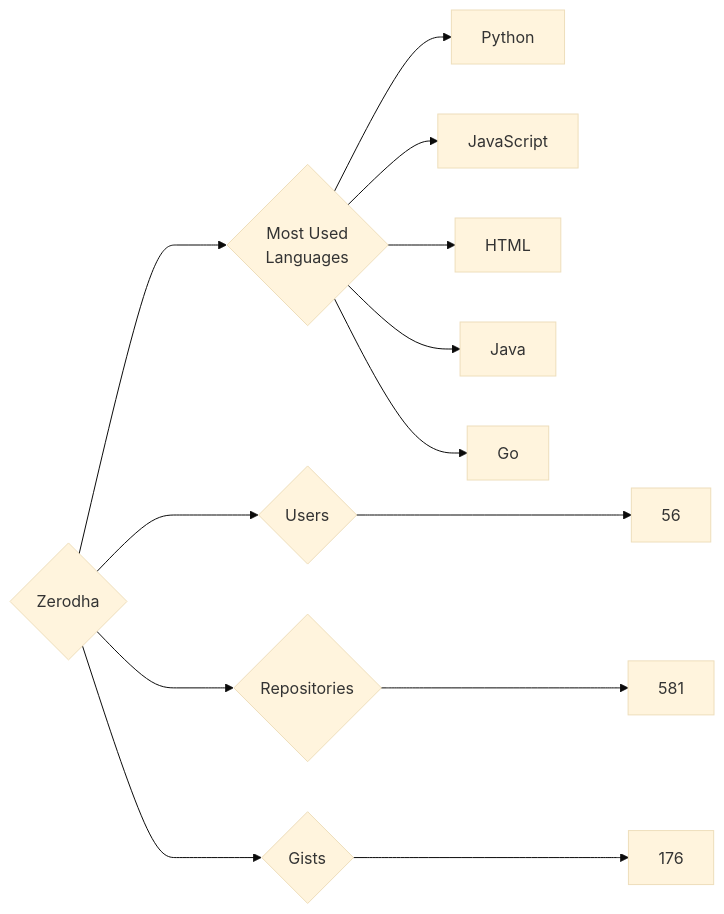
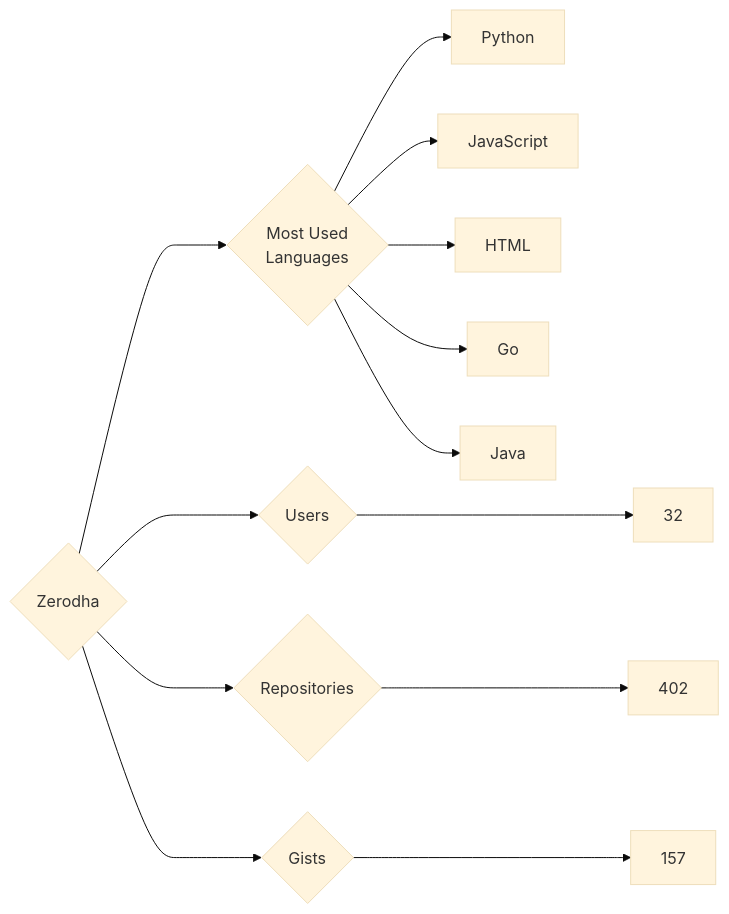
The diagram in targets/Zerodha/README.md (trickest/insiders), drawn with Mermaid (base theme) before and after one commit. The commit also changed 829 other files, not shown here.

````diff
--- a/targets/Zerodha/README.md
+++ b/targets/Zerodha/README.md
@@ -3,13 +3,13 @@
 ```mermaid
 graph LR
 COMPANY_NAME{Zerodha}
-COMPANY_NAME ---> U{Users} ---> UN[56]
-COMPANY_NAME ---> R{Repositories} ---> RN[581]
-COMPANY_NAME ---> G{Gists} ---> GN[176]
+COMPANY_NAME ---> U{Users} ---> UN[32]
+COMPANY_NAME ---> R{Repositories} ---> RN[402]
+COMPANY_NAME ---> G{Gists} ---> GN[157]
 COMPANY_NAME ---> ML{Most Used<br>Languages}
 ML --> Python[Python]
 ML --> JavaScript[JavaScript]
 ML --> HTML[HTML]
+ML --> Go[Go]
 ML --> Java[Java]
-ML --> Go[Go]
 ```
````
